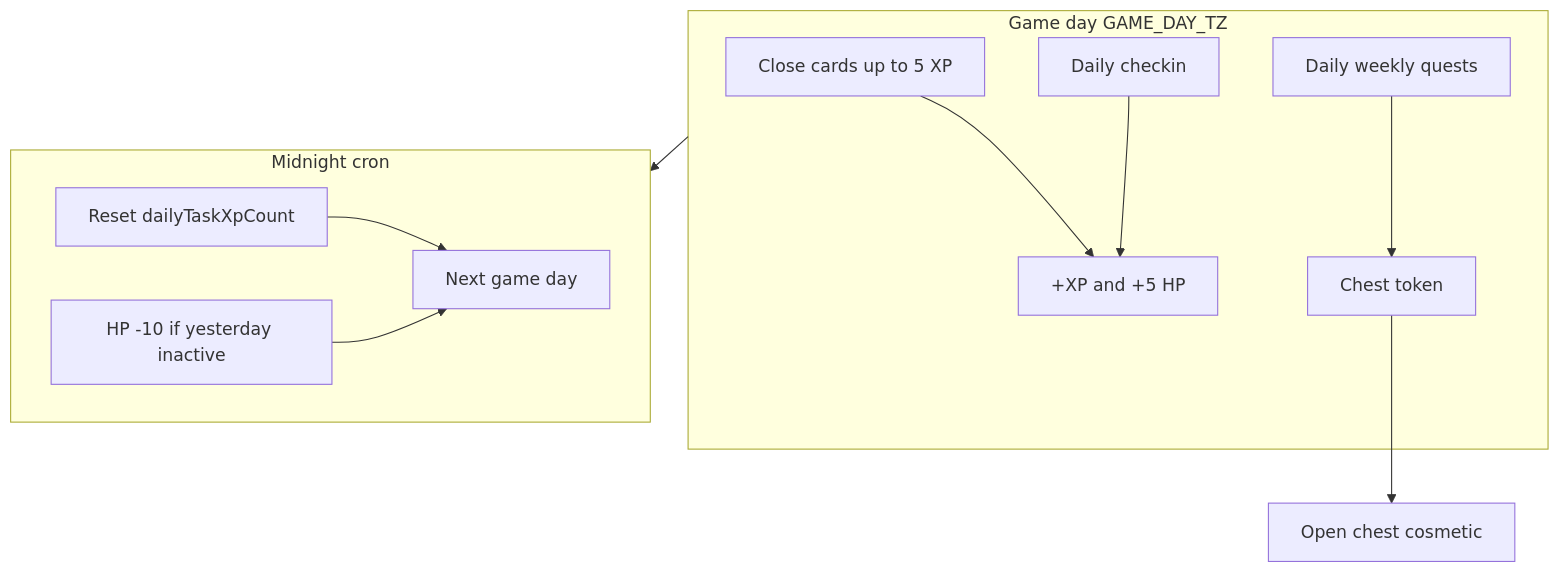
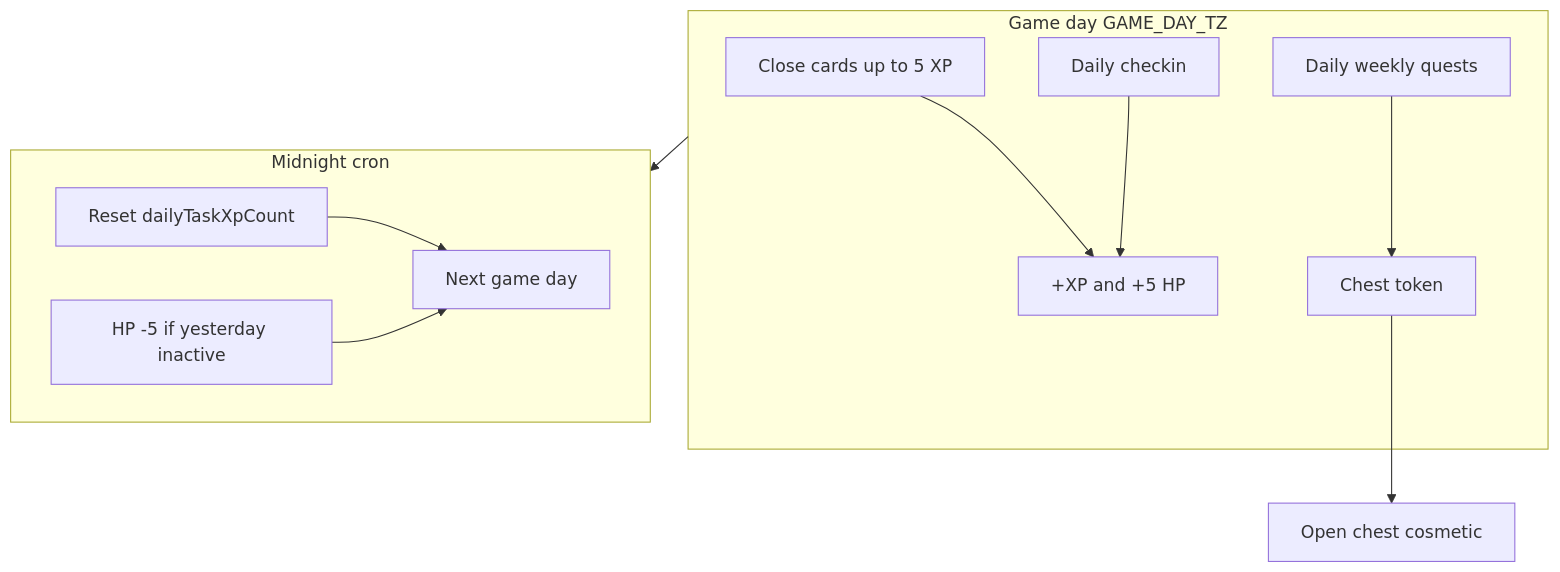
Before and after one commit to bobovka-afk/questflow: the second of 2 diagrams in docs/gamification-roadmap.md, drawn with Mermaid. The commit also changed other lines of this file and 547 other files, not shown here.

````diff
--- a/docs/gamification-roadmap.md
+++ b/docs/gamification-roadmap.md
@@ -147,19 +149,19 @@
 ```mermaid
 flowchart TB
   subgraph day [Game day GAME_DAY_TZ]
     Tasks[Close cards up to 5 XP]
     Checkin[Daily checkin]
     Quests[Daily weekly quests]
     Tasks --> XpAndHp[+XP and +5 HP]
     Checkin --> XpAndHp
     Quests --> ChestToken[Chest token]
   end
   subgraph night [Midnight cron]
     ResetLimit[Reset dailyTaskXpCount]
-    HpDecay[HP -10 if yesterday inactive]
+    HpDecay[HP -5 if yesterday inactive]
     ResetLimit --> NextDay[Next game day]
     HpDecay --> NextDay
   end
   day --> night
   ChestToken --> OpenChest[Open chest cosmetic]
 ```
````
